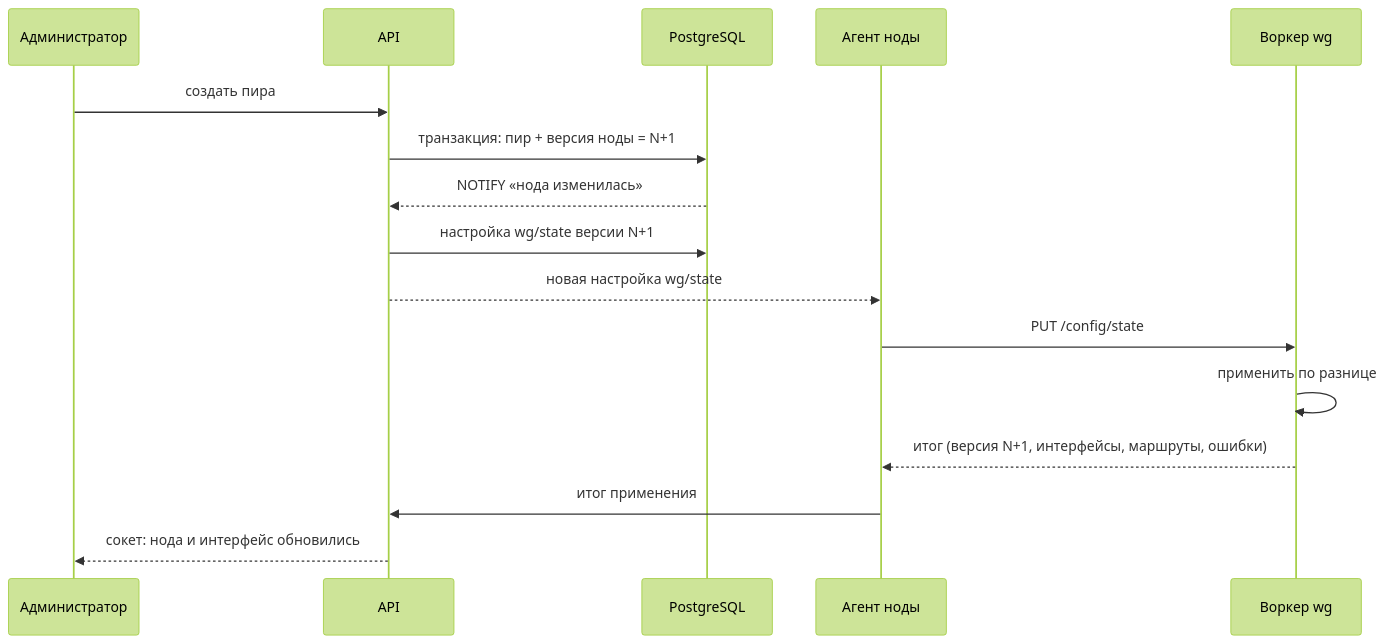
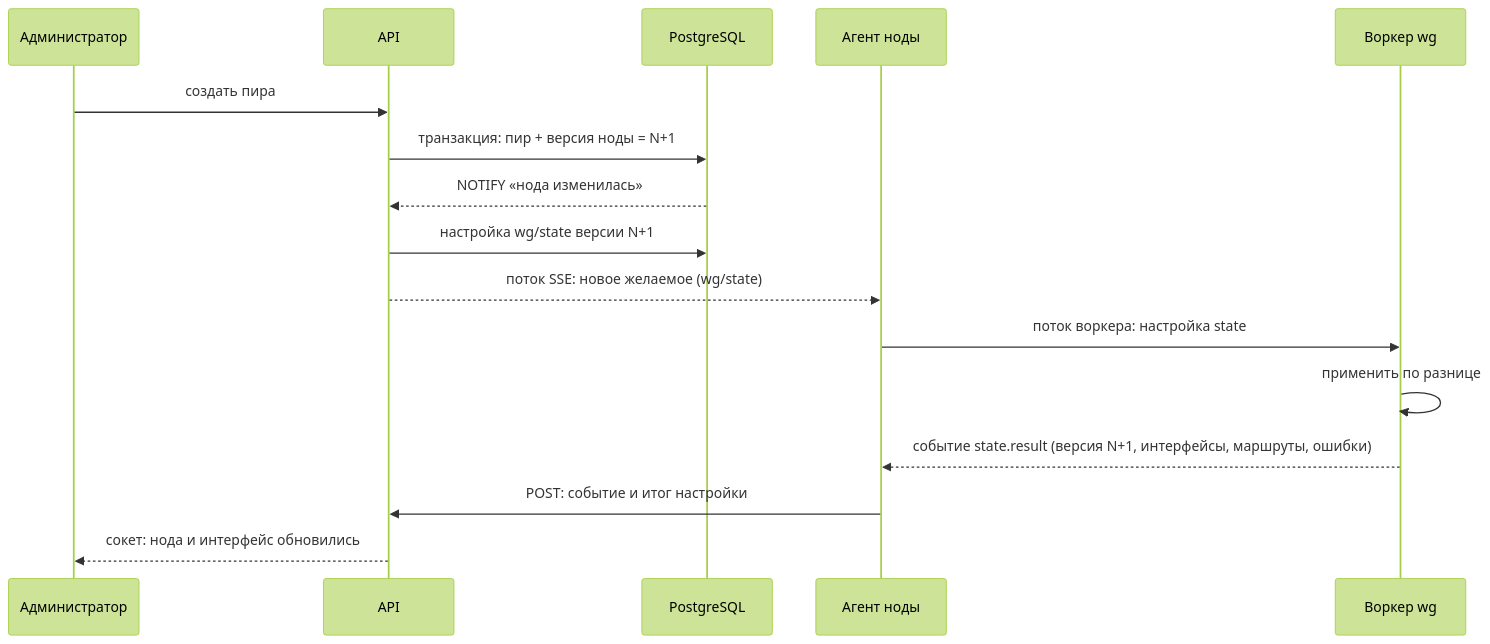
The third of 9 diagrams in docs/WIREGUARD.md (epifanovmd/wg-admin-api), drawn with Mermaid (forest theme) before and after one commit. The commit also changed other lines of this file and 206 other files, not shown here.

````diff
--- a/docs/WIREGUARD.md
+++ b/docs/WIREGUARD.md
@@ -132,19 +132,19 @@
 ```mermaid
 sequenceDiagram
   participant Admin as Администратор
   participant API
   participant DB as PostgreSQL
   participant Agent as Агент ноды
   participant Wg as Воркер wg
 
   Admin->>API: создать пира
   API->>DB: транзакция: пир + версия ноды = N+1
   DB-->>API: NOTIFY «нода изменилась»
   API->>DB: настройка wg/state версии N+1
-  API-->>Agent: новая настройка wg/state
-  Agent->>Wg: PUT /config/state
+  API-->>Agent: поток SSE: новое желаемое (wg/state)
+  Agent->>Wg: поток воркера: настройка state
   Wg->>Wg: применить по разнице
-  Wg-->>Agent: итог (версия N+1, интерфейсы, маршруты, ошибки)
-  Agent->>API: итог применения
+  Wg-->>Agent: событие state.result (версия N+1, интерфейсы, маршруты, ошибки)
+  Agent->>API: POST: событие и итог настройки
   API-->>Admin: сокет: нода и интерфейс обновились
 ```
````
